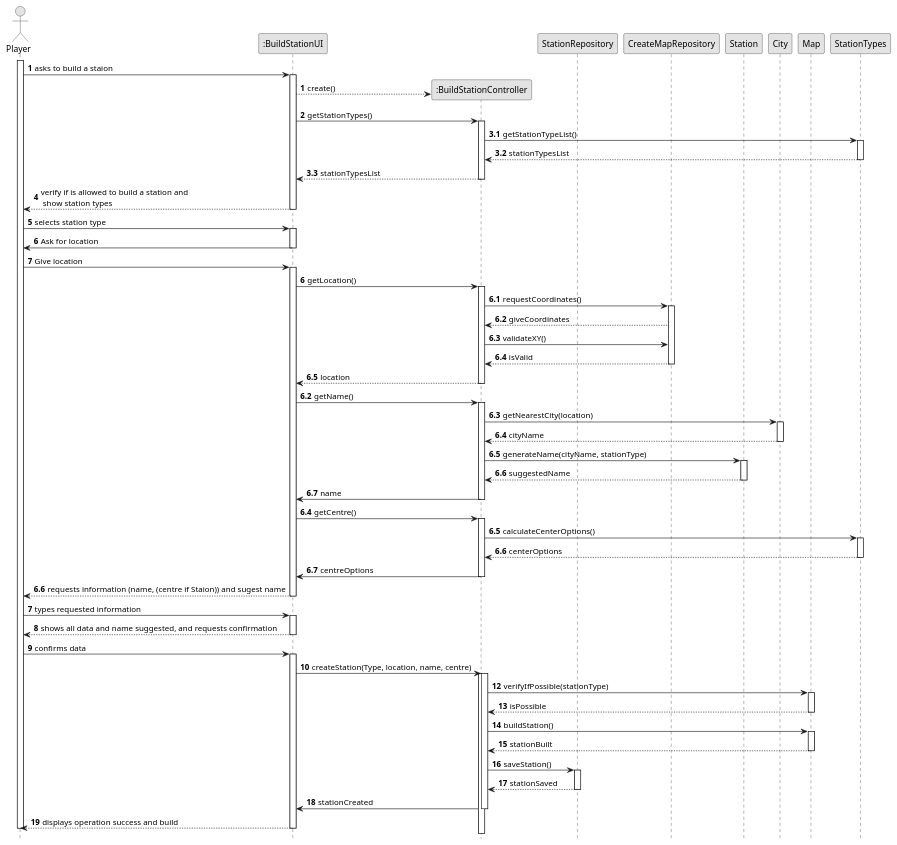
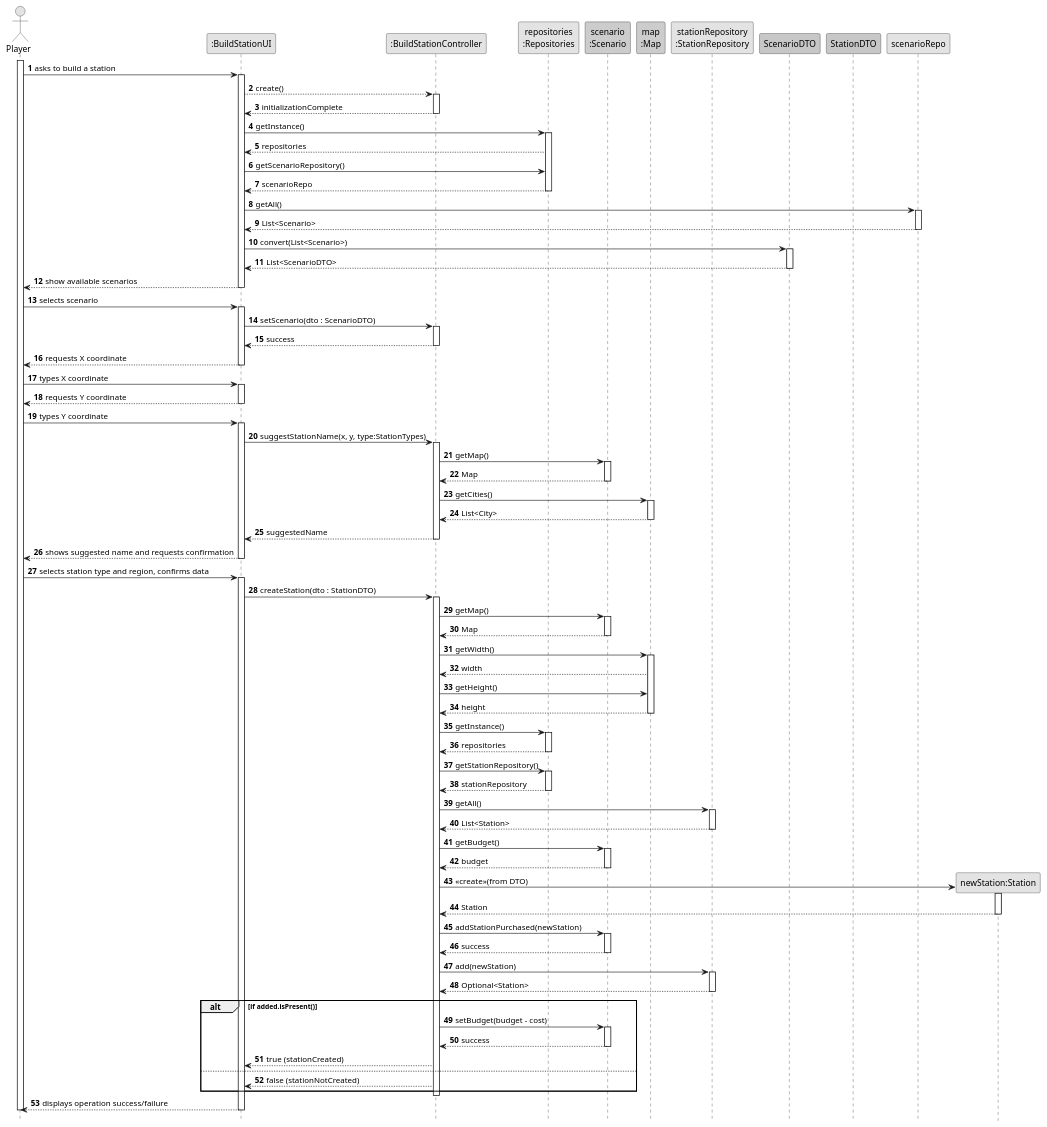
One commit to Andremonteiro1240850/railway_simulator changed the diagram in docs/system-documentation/US05/03.Design/puml/SSD-Full.puml. Above: the diagram before and after it, drawn with PlantUML. The commit also changed 7 other files, not shown here.

```diff
--- a/docs/system-documentation/US05/03.Design/puml/SSD-Full.puml
+++ b/docs/system-documentation/US05/03.Design/puml/SSD-Full.puml
@@ -1,155 +1,156 @@
 @startuml
 skinparam monochrome true
 skinparam packageStyle rectangle
 skinparam shadowing false
 
 autonumber
 
 hide footbox
 actor "Player" as ORG_EMPLOYEE
 
 participant ":BuildStationUI" as UI
 participant ":BuildStationController" as CTRL
-participant "StationRepository" as REPOS
-participant "CreateMapRepository" as MAP
+participant "repositories\n:Repositories" as REPOS_SINGLETON
+participant "scenario\n:Scenario" as SCENARIO_OBJ #LightBlue
+participant "map\n:Map" as MAP_OBJ #LightBlue
+participant "stationRepository\n:StationRepository" as STATION_REPO
 
-participant "Station" as NAMING
-participant "City" as CITY
-participant "Map" as RAIL
-participant "StationTypes" as REPOT
+' DTOs adicionados
+participant "ScenarioDTO" as SCENARIO_DTO #LightGreen
+participant "StationDTO" as STATION_DTO #LightGreen
 
 activate ORG_EMPLOYEE
 
-    ORG_EMPLOYEE -> UI : asks to build a staion
-    autonumber 1
+ORG_EMPLOYEE -> UI : asks to build a station
+activate UI
+    UI --> CTRL : create()
+    activate CTRL
+    CTRL --> UI : initializationComplete
+    deactivate CTRL
 
-    activate UI
-        UI --> CTRL** : create()
-        autonumber 2
-        UI -> CTRL : getStationTypes()
-        autonumber 3
-        autonumber 3.1
-        activate CTRL
+    UI -> REPOS_SINGLETON : getInstance()
+    activate REPOS_SINGLETON
+    REPOS_SINGLETON --> UI : repositories
 
-                    CTRL -> REPOT : getStationTypeList()
-                    activate REPOT
-                        REPOT --> CTRL: stationTypesList
-                    deactivate REPOT
+    UI -> REPOS_SINGLETON : getScenarioRepository()
+    REPOS_SINGLETON --> UI : scenarioRepo
+    deactivate REPOS_SINGLETON
 
-            CTRL --> UI : stationTypesList
-            autonumber 4
-        deactivate CTRL
-        UI --> ORG_EMPLOYEE : verify if is allowed to build a station and\n show station types
-        autonumber 5
-    deactivate UI
+    UI -> scenarioRepo : getAll()
+    activate scenarioRepo
+    scenarioRepo --> UI : List<Scenario>
+    deactivate scenarioRepo
 
-    ORG_EMPLOYEE -> UI : selects station type
-    activate UI
-    UI -> ORG_EMPLOYEE : Ask for location
-    deactivate UI
-    ORG_EMPLOYEE -> UI : Give location
-    autonumber 6
-    activate UI
-        UI -> CTRL : getLocation()
-        autonumber 6.1
+    ' Conversão para DTO
+    UI -> SCENARIO_DTO : convert(List<Scenario>)
+    activate SCENARIO_DTO
+    SCENARIO_DTO --> UI : List<ScenarioDTO>
+    deactivate SCENARIO_DTO
 
-        activate CTRL
+    UI --> ORG_EMPLOYEE : show available scenarios
+deactivate UI
 
-                CTRL -> MAP : requestCoordinates()
-                activate MAP
-                    MAP --> CTRL : giveCoordinates
+ORG_EMPLOYEE -> UI : selects scenario
+activate UI
+    UI -> CTRL : setScenario(dto : ScenarioDTO)
+    activate CTRL
+    CTRL --> UI : success
+    deactivate CTRL
 
+    UI --> ORG_EMPLOYEE : requests X coordinate
+deactivate UI
 
-                CTRL -> MAP : validateXY()
+ORG_EMPLOYEE -> UI : types X coordinate
+activate UI
+    UI --> ORG_EMPLOYEE : requests Y coordinate
+deactivate UI
 
-                    MAP --> CTRL : isValid
-                deactivate MAP
+ORG_EMPLOYEE -> UI : types Y coordinate
+activate UI
+    UI -> CTRL : suggestStationName(x, y, type:StationTypes)
+    activate CTRL
+        CTRL -> SCENARIO_OBJ : getMap()
+        activate SCENARIO_OBJ
+        SCENARIO_OBJ --> CTRL : Map
+        deactivate SCENARIO_OBJ
 
-            CTRL --> UI : location
-            autonumber 6.2
-        deactivate CTRL
+        CTRL -> MAP_OBJ : getCities()
+        activate MAP_OBJ
+        MAP_OBJ --> CTRL : List<City>
+        deactivate MAP_OBJ
 
-        UI -> CTRL : getName()
-        autonumber 6.3
+        CTRL --> UI : suggestedName
+    deactivate CTRL
 
-        activate CTRL
+    UI --> ORG_EMPLOYEE : shows suggested name and requests confirmation
+deactivate UI
 
-                CTRL -> CITY : getNearestCity(location)
-                activate CITY
-                    CITY --> CTRL : cityName
-                deactivate CITY
+ORG_EMPLOYEE -> UI : selects station type and region, confirms data
+activate UI
+    ' Substituir vários parâmetros por DTO
+    UI -> CTRL : createStation(dto : StationDTO)
+    activate CTRL
 
-                CTRL -> NAMING : generateName(cityName, stationType)
-                activate NAMING
-                    NAMING --> CTRL : suggestedName
-                deactivate NAMING
-                CTRL -> UI : name
+        CTRL -> SCENARIO_OBJ : getMap()
+        activate SCENARIO_OBJ
+        SCENARIO_OBJ --> CTRL : Map
+        deactivate SCENARIO_OBJ
 
-            autonumber 6.4
+        CTRL -> MAP_OBJ : getWidth()
+        activate MAP_OBJ
+        MAP_OBJ --> CTRL : width
+        CTRL -> MAP_OBJ : getHeight()
+        MAP_OBJ --> CTRL : height
+        deactivate MAP_OBJ
 
-        deactivate CTRL
+        CTRL -> REPOS_SINGLETON : getInstance()
+        activate REPOS_SINGLETON
+        REPOS_SINGLETON --> CTRL : repositories
+        deactivate REPOS_SINGLETON
 
-        UI -> CTRL : getCentre()
-        autonumber 6.5
+        CTRL -> REPOS_SINGLETON : getStationRepository()
+        activate REPOS_SINGLETON
+        REPOS_SINGLETON --> CTRL : stationRepository
+        deactivate REPOS_SINGLETON
 
-        activate CTRL
+        CTRL -> STATION_REPO : getAll()
+        activate STATION_REPO
+        STATION_REPO --> CTRL : List<Station>
+        deactivate STATION_REPO
 
-                CTRL -> REPOT : calculateCenterOptions()
-                activate REPOT
-                    REPOT --> CTRL : centerOptions
-                deactivate REPOT
+        CTRL -> SCENARIO_OBJ : getBudget()
+        activate SCENARIO_OBJ
+        SCENARIO_OBJ --> CTRL : budget
+        deactivate SCENARIO_OBJ
 
-                CTRL -> UI : centreOptions
+        create "newStation:Station" as NEW_STATION_OBJ
+        CTRL -> NEW_STATION_OBJ : <<create>>(from DTO)
+       activate NEW_STATION_OBJ
+        NEW_STATION_OBJ --> CTRL : Station
+        deactivate NEW_STATION_OBJ
 
-            autonumber 6.6
+        CTRL -> SCENARIO_OBJ : addStationPurchased(newStation)
+        activate SCENARIO_OBJ
+        SCENARIO_OBJ --> CTRL : success
+        deactivate SCENARIO_OBJ
 
-        deactivate CTRL
+        CTRL -> STATION_REPO : add(newStation)
+        activate STATION_REPO
+        STATION_REPO --> CTRL : Optional<Station>
+        deactivate STATION_REPO
 
-        UI --> ORG_EMPLOYEE : requests information (name, (centre if Staion)) and sugest name
-        autonumber 7
-    deactivate UI
-
-    ORG_EMPLOYEE -> UI : types requested information
-
-    autonumber 8
-    activate UI
-        UI --> ORG_EMPLOYEE : shows all data and name suggested, and requests confirmation
-        autonumber 9
-    deactivate UI
-
-    ORG_EMPLOYEE -> UI : confirms data
-    autonumber 10
-    activate UI
-        UI -> CTRL : createStation(Type, location, name, centre)
-        autonumber 11
-        activate CTRL
-
-            autonumber 12
-
-            activate CTRL
-
-                    CTRL -> RAIL : verifyIfPossible(stationType)
-                    activate RAIL
-                        RAIL --> CTRL : isPossible
-                    deactivate RAIL
-
-                    CTRL -> RAIL : buildStation()
-                    activate RAIL
-                        RAIL --> CTRL : stationBuilt
-                        deactivate RAIL
-                        CTRL -> REPOS : saveStation()
-                        activate REPOS
-                        REPOS --> CTRL: stationSaved
-                        deactivate REPOS
-                    deactivate RAIL
-
-                autonumber 18
-                CTRL -> UI : stationCreated
-
-            deactivate CTRL
-        UI --> ORG_EMPLOYEE: displays operation success and build
-        autonumber 19
-    deactivate UI
+        alt if added.isPresent()
+            CTRL -> SCENARIO_OBJ : setBudget(budget - cost)
+            activate SCENARIO_OBJ
+            SCENARIO_OBJ --> CTRL : success
+            deactivate SCENARIO_OBJ
+            CTRL --> UI : true (stationCreated)
+        else
+            CTRL --> UI : false (stationNotCreated)
+        end
+    deactivate CTRL
+    UI --> ORG_EMPLOYEE : displays operation success/failure
+deactivate UI
 
 deactivate ORG_EMPLOYEE
 @enduml
```
